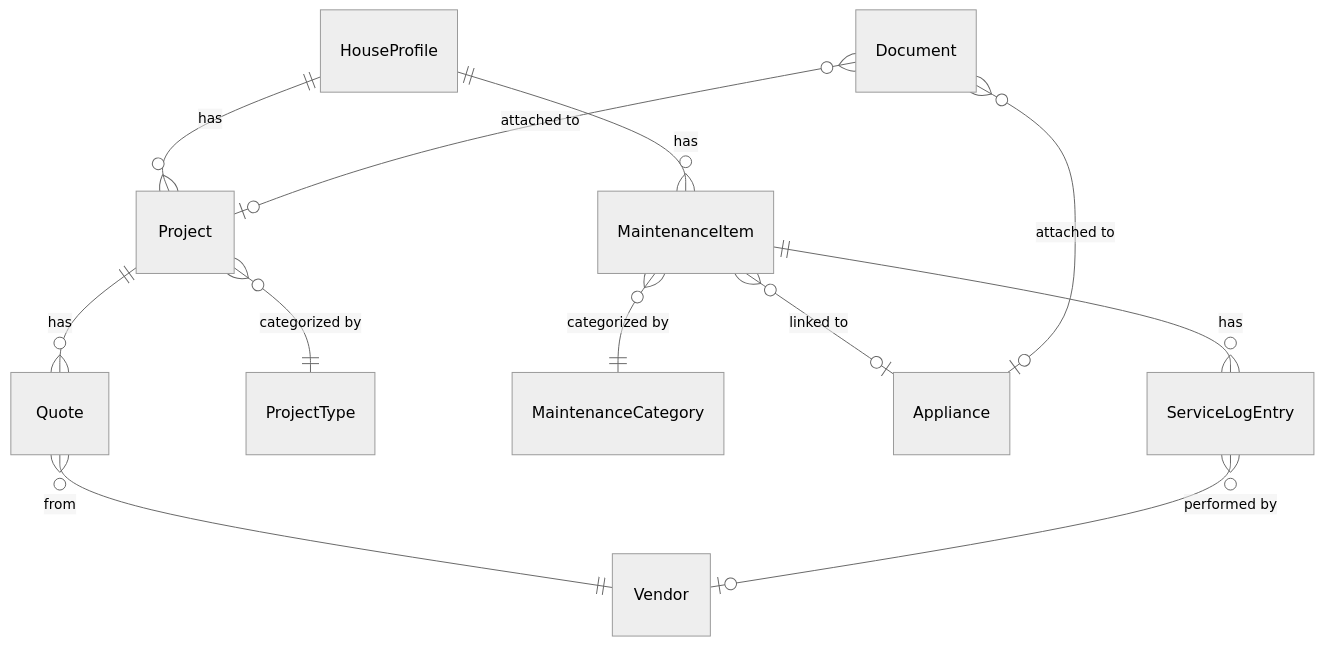
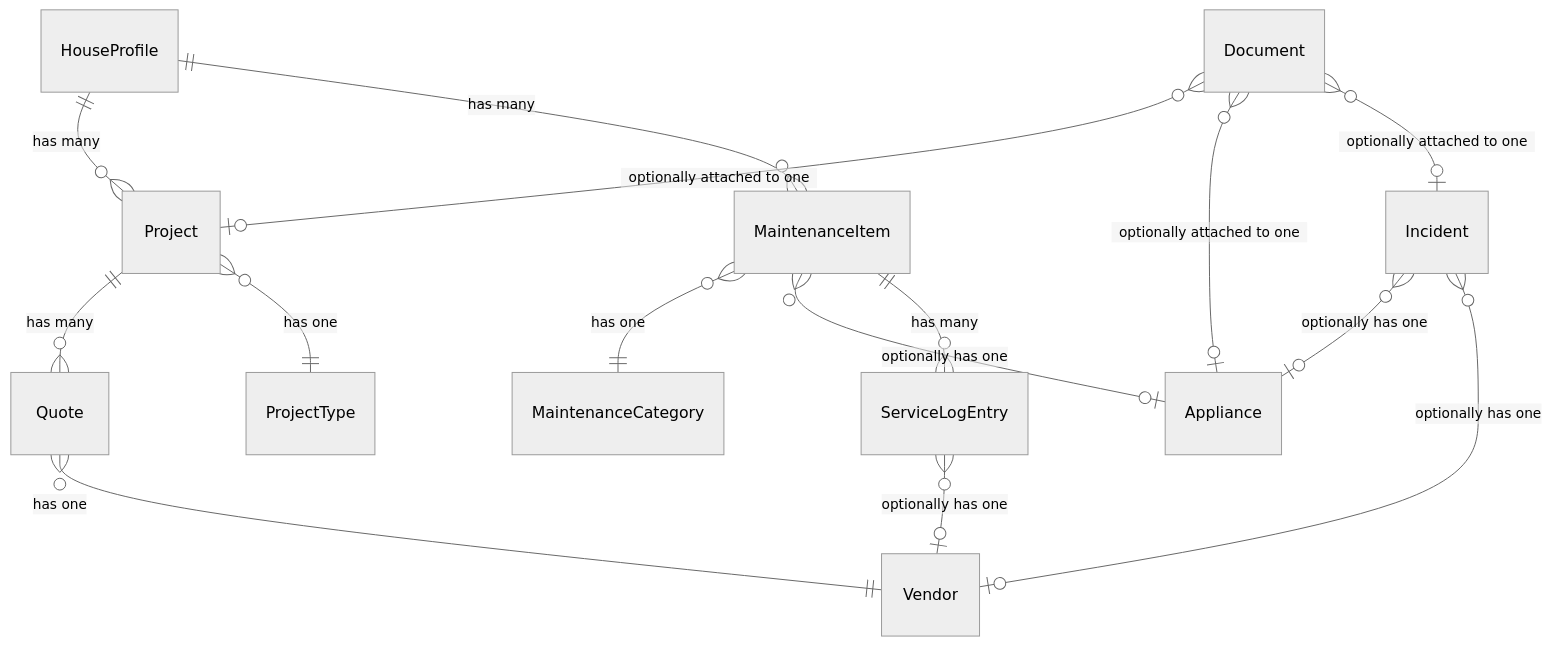
Before and after one commit to cpcloud/micasa: the diagram in docs/content/docs/development/data-model.md, drawn with Mermaid (neutral theme). The commit also changed other lines of this file and 8 other files, not shown here.

````diff
--- a/docs/content/docs/development/data-model.md
+++ b/docs/content/docs/development/data-model.md
@@ -15,14 +11,17 @@
 ```mermaid
 erDiagram
-    HouseProfile ||--o{ Project : has
-    HouseProfile ||--o{ MaintenanceItem : has
-    Project ||--o{ Quote : has
-    Project }o--|| ProjectType : "categorized by"
-    Quote }o--|| Vendor : "from"
-    MaintenanceItem }o--|| MaintenanceCategory : "categorized by"
-    MaintenanceItem }o--o| Appliance : "linked to"
-    MaintenanceItem ||--o{ ServiceLogEntry : has
-    ServiceLogEntry }o--o| Vendor : "performed by"
-    Document }o--o| Project : "attached to"
-    Document }o--o| Appliance : "attached to"
+    HouseProfile ||--o{ Project : "has many"
+    HouseProfile ||--o{ MaintenanceItem : "has many"
+    Project ||--o{ Quote : "has many"
+    Project }o--|| ProjectType : "has one"
+    Quote }o--|| Vendor : "has one"
+    MaintenanceItem }o--|| MaintenanceCategory : "has one"
+    MaintenanceItem }o--o| Appliance : "optionally has one"
+    MaintenanceItem ||--o{ ServiceLogEntry : "has many"
+    ServiceLogEntry }o--o| Vendor : "optionally has one"
+    Incident }o--o| Appliance : "optionally has one"
+    Incident }o--o| Vendor : "optionally has one"
+    Document }o--o| Project : "optionally attached to one"
+    Document }o--o| Appliance : "optionally attached to one"
+    Document }o--o| Incident : "optionally attached to one"
 ```
````
